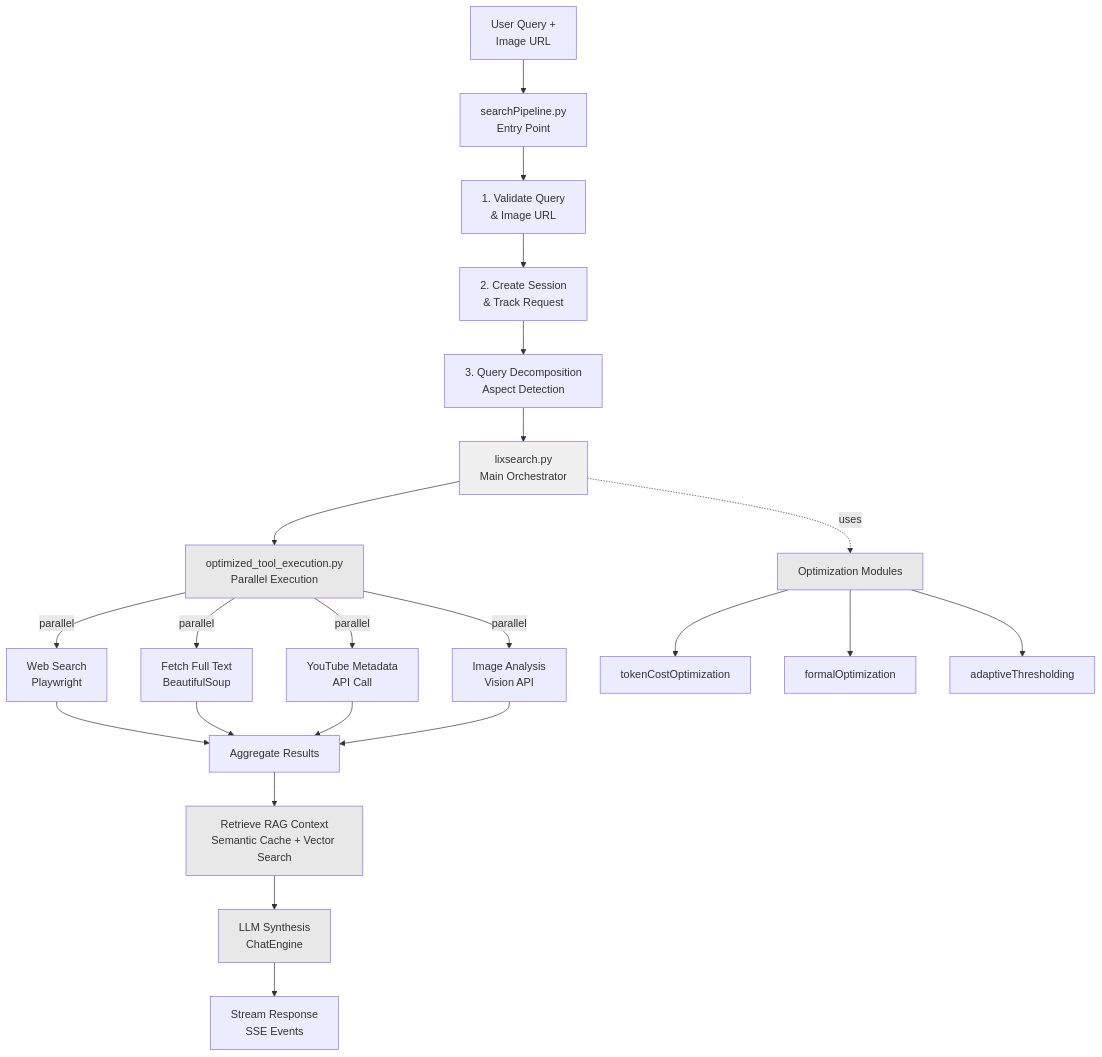
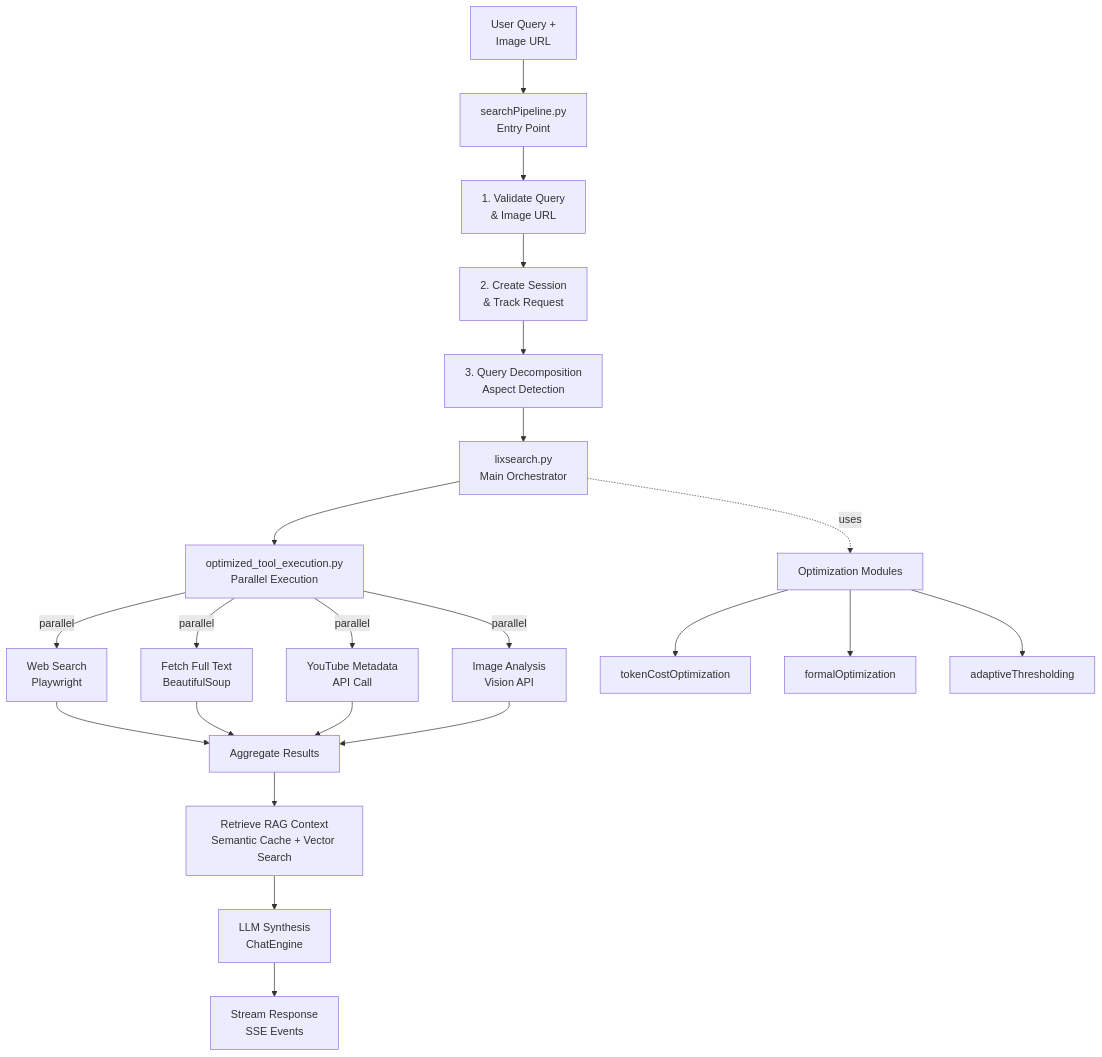
The fourth of 18 diagrams in DOCS/FULL_ARCHITECTURE.md (pollinations/lixSearch), drawn with Mermaid before and after one commit. The commit also changed other lines of this file, not shown here.

````diff
--- a/DOCS/FULL_ARCHITECTURE.md
+++ b/DOCS/FULL_ARCHITECTURE.md
@@ -341,60 +457,60 @@
 ```mermaid
 graph TD
     Input["User Query +<br/>Image URL"]
     SearchPipeline["searchPipeline.py<br/>Entry Point"]
     
     Validate["1. Validate Query<br/>& Image URL"]
     CreateSession["2. Create Session<br/>& Track Request"]
     Decompose["3. Query Decomposition<br/>Aspect Detection"]
     
     LixSearch["lixsearch.py<br/>Main Orchestrator"]
     
     ToolExec["optimized_tool_execution.py<br/>Parallel Execution"]
     
     WebSearch["Web Search<br/>Playwright"]
     FetchText["Fetch Full Text<br/>BeautifulSoup"]
     YouTubeAPI["YouTube Metadata<br/>API Call"]
     ImageAnalysis["Image Analysis<br/>Vision API"]
     
     Aggregate["Aggregate Results"]
     RAGContext["Retrieve RAG Context<br/>Semantic Cache + Vector Search"]
     LLMSynthesize["LLM Synthesis<br/>ChatEngine"]
     StreamResponse["Stream Response<br/>SSE Events"]
     
     OptModules["Optimization Modules"]
     TokenCost["tokenCostOptimization"]
     FormalOpt["formalOptimization"]
     AdaptiveThresh["adaptiveThresholding"]
     
     Input --> SearchPipeline
     SearchPipeline --> Validate
     Validate --> CreateSession
     CreateSession --> Decompose
     Decompose --> LixSearch
     
     LixSearch --> ToolExec
     ToolExec -->|parallel| WebSearch
     ToolExec -->|parallel| FetchText
     ToolExec -->|parallel| YouTubeAPI
     ToolExec -->|parallel| ImageAnalysis
     
     WebSearch --> Aggregate
     FetchText --> Aggregate
     YouTubeAPI --> Aggregate
     ImageAnalysis --> Aggregate
     
     Aggregate --> RAGContext
     RAGContext --> LLMSynthesize
     LLMSynthesize --> StreamResponse
     
     LixSearch -.->|uses| OptModules
     OptModules --> TokenCost
     OptModules --> FormalOpt
     OptModules --> AdaptiveThresh
     
-    style LixSearch fill:#F0F0F0
-    style ToolExec fill:#E8E8E8
-    style RAGContext fill:#E8E8E8
-    style LLMSynthesize fill:#E8E8E8
-    style OptModules fill:#E8E8E8
+    style LixSearch fill:#000;color:#fff
+    style ToolExec fill:#000;color:#fff
+    style RAGContext fill:#000;color:#fff
+    style LLMSynthesize fill:#000;color:#fff
+    style OptModules fill:#000;color:#fff
 ```
````
